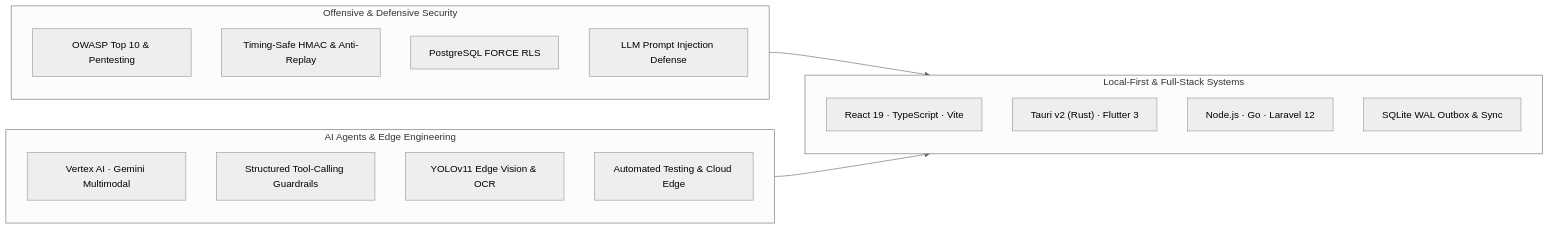
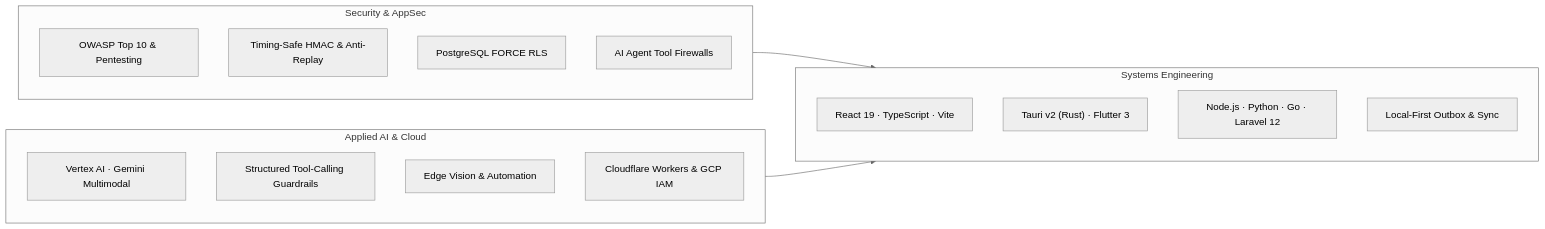
Before and after one commit to JARMID/JARMID: the diagram in README.md, drawn with Mermaid (neutral theme). The commit also changed other lines of this file, not shown here.

````diff
--- a/README.md
+++ b/README.md
@@ -13,26 +13,26 @@
 ```mermaid
 flowchart LR
-    subgraph SEC["Offensive & Defensive Security"]
+    subgraph SEC["Security & AppSec"]
         A1["OWASP Top 10 & Pentesting"]
         A2["Timing-Safe HMAC & Anti-Replay"]
         A3["PostgreSQL FORCE RLS"]
-        A4["LLM Prompt Injection Defense"]
+        A4["AI Agent Tool Firewalls"]
     end
 
-    subgraph SYS["Local-First & Full-Stack Systems"]
+    subgraph SYS["Systems Engineering"]
         B1["React 19 · TypeScript · Vite"]
         B2["Tauri v2 (Rust) · Flutter 3"]
-        B3["Node.js · Go · Laravel 12"]
-        B4["SQLite WAL Outbox & Sync"]
+        B3["Node.js · Python · Go · Laravel 12"]
+        B4["Local-First Outbox & Sync"]
     end
 
-    subgraph AI["AI Agents & Edge Engineering"]
+    subgraph AI["Applied AI & Cloud"]
         C1["Vertex AI · Gemini Multimodal"]
         C2["Structured Tool-Calling Guardrails"]
-        C3["YOLOv11 Edge Vision & OCR"]
-        C4["Automated Testing & Cloud Edge"]
+        C3["Edge Vision & Automation"]
+        C4["Cloudflare Workers & GCP IAM"]
     end
 
     SEC --> SYS
     AI --> SYS
 ```
````
